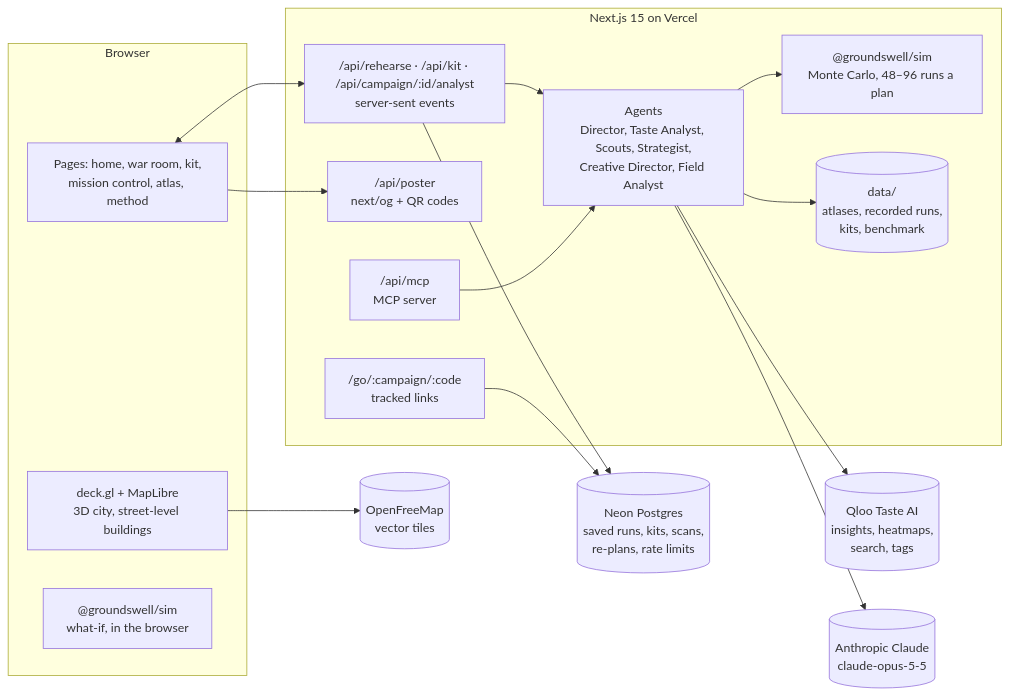
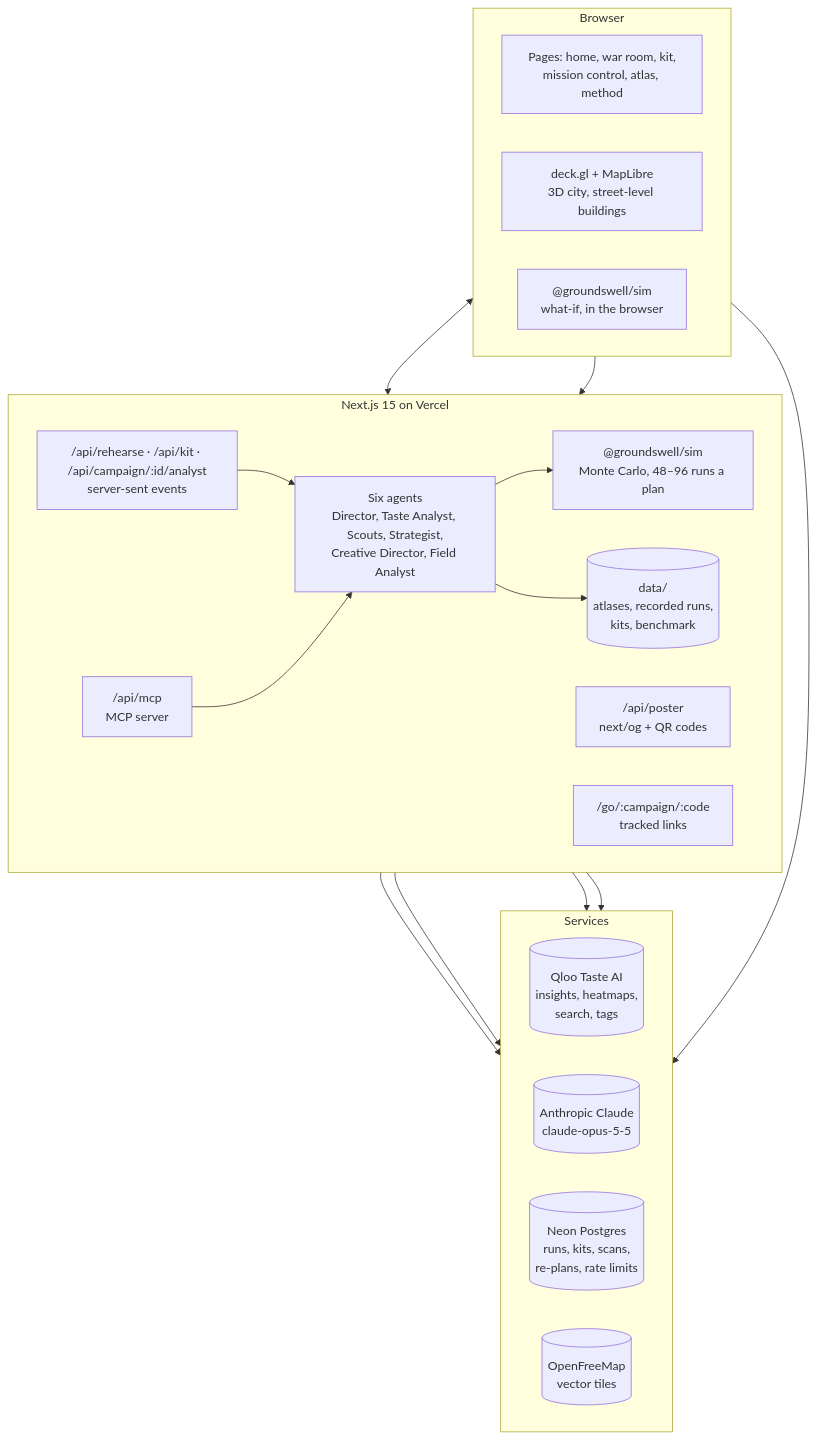
Before and after one commit to TusharTechs/groundswell: the first of 3 diagrams in README.md, drawn with Mermaid.

Commit message:
Clearer system diagram: browser, app and services in layers

````diff
--- a/README.md
+++ b/README.md
@@ -158,32 +158,37 @@
 ```mermaid
-flowchart LR
+flowchart TB
   subgraph Browser
+    direction LR
     UI["Pages: home, war room, kit,<br/>mission control, atlas, method"]
     MAP["deck.gl + MapLibre<br/>3D city, street-level buildings"]
     WHATIF["@groundswell/sim<br/>what-if, in the browser"]
   end
   subgraph Vercel["Next.js 15 on Vercel"]
+    direction LR
     SSE["/api/rehearse · /api/kit · /api/campaign/:id/analyst<br/>server-sent events"]
-    AG["Agents<br/>Director, Taste Analyst, Scouts, Strategist,<br/>Creative Director, Field Analyst"]
+    MCP["/api/mcp<br/>MCP server"]
+    AG["Six agents<br/>Director, Taste Analyst, Scouts, Strategist,<br/>Creative Director, Field Analyst"]
     SIM["@groundswell/sim<br/>Monte Carlo, 48–96 runs a plan"]
+    ATLAS[("data/<br/>atlases, recorded runs,<br/>kits, benchmark")]
     POSTER["/api/poster<br/>next/og + QR codes"]
     GO["/go/:campaign/:code<br/>tracked links"]
-    MCP["/api/mcp<br/>MCP server"]
-    ATLAS[("data/<br/>atlases, recorded runs,<br/>kits, benchmark")]
   end
-  QLOO[("Qloo Taste AI<br/>insights, heatmaps,<br/>search, tags")]
-  CLAUDE[("Anthropic Claude<br/>claude-opus-5-5")]
-  NEON[("Neon Postgres<br/>saved runs, kits, scans,<br/>re-plans, rate limits")]
-  TILES[("OpenFreeMap<br/>vector tiles")]
+  subgraph Services
+    direction LR
+    QLOO[("Qloo Taste AI<br/>insights, heatmaps,<br/>search, tags")]
+    CLAUDE[("Anthropic Claude<br/>claude-opus-5-5")]
+    NEON[("Neon Postgres<br/>runs, kits, scans,<br/>re-plans, rate limits")]
+    TILES[("OpenFreeMap<br/>vector tiles")]
+  end
   UI <--> SSE
   UI --> POSTER
-  MAP --> TILES
   SSE --> AG
+  MCP --> AG
+  AG --> SIM
+  AG --> ATLAS
   AG --> QLOO
   AG --> CLAUDE
-  AG --> SIM
-  AG --> ATLAS
   SSE --> NEON
   GO --> NEON
-  MCP --> AG
+  MAP --> TILES
 ```
````
